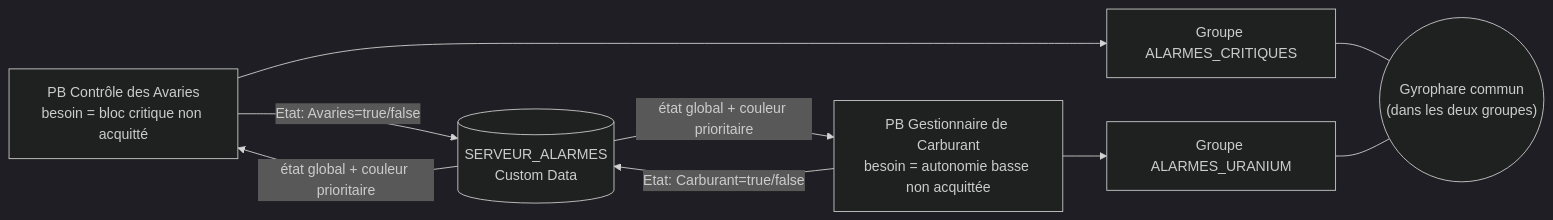
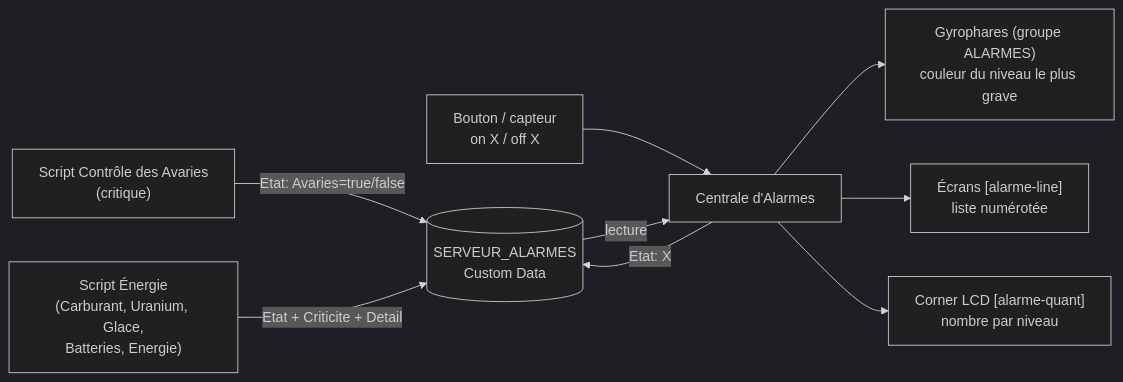
Before and after one commit to Zerma1/Space-Engineers-scripte: the diagram in optimisation_Claude/04 - Bus d'Alarmes/Bus d'Alarmes.md, drawn with Mermaid (dark theme). The commit also changed other lines of this file and 1 other file, not shown here.

First line of the commit message:
Passe le bus d'Alarmes aux couleurs par niveau de criticité

````diff
--- a/optimisation_Claude/04 - Bus d'Alarmes/Bus d'Alarmes.md
+++ b/optimisation_Claude/04 - Bus d'Alarmes/Bus d'Alarmes.md
@@ -49,11 +22,11 @@
 ```mermaid
 flowchart LR
-    A["PB Contrôle des Avaries<br/>besoin = bloc critique non acquitté"] -->|"Etat: Avaries=true/false"| S[("SERVEUR_ALARMES<br/>Custom Data")]
-    C["PB Gestionnaire de Carburant<br/>besoin = autonomie basse non acquittée"] -->|"Etat: Carburant=true/false"| S
-    S -->|"état global + couleur prioritaire"| A
-    S -->|"état global + couleur prioritaire"| C
-    A --> G1["Groupe ALARMES_CRITIQUES"]
-    C --> G2["Groupe ALARMES_URANIUM"]
-    G1 --- L(("Gyrophare commun<br/>(dans les deux groupes)"))
-    G2 --- L
+    A["Script Contrôle des Avaries<br/>(critique)"] -->|"Etat: Avaries=true/false"| S[("SERVEUR_ALARMES<br/>Custom Data")]
+    C["Script Énergie<br/>(Carburant, Uranium, Glace,<br/>Batteries, Energie)"] -->|"Etat + Criticite + Detail"| S
+    B["Bouton / capteur<br/>on X / off X"] --> P
+    P["Centrale d'Alarmes"] -->|"Etat: X"| S
+    S -->|"lecture"| P
+    P --> G["Gyrophares (groupe ALARMES)<br/>couleur du niveau le plus grave"]
+    P --> L["Écrans [alarme-line]<br/>liste numérotée"]
+    P --> Q["Corner LCD [alarme-quant]<br/>nombre par niveau"]
 ```
````
